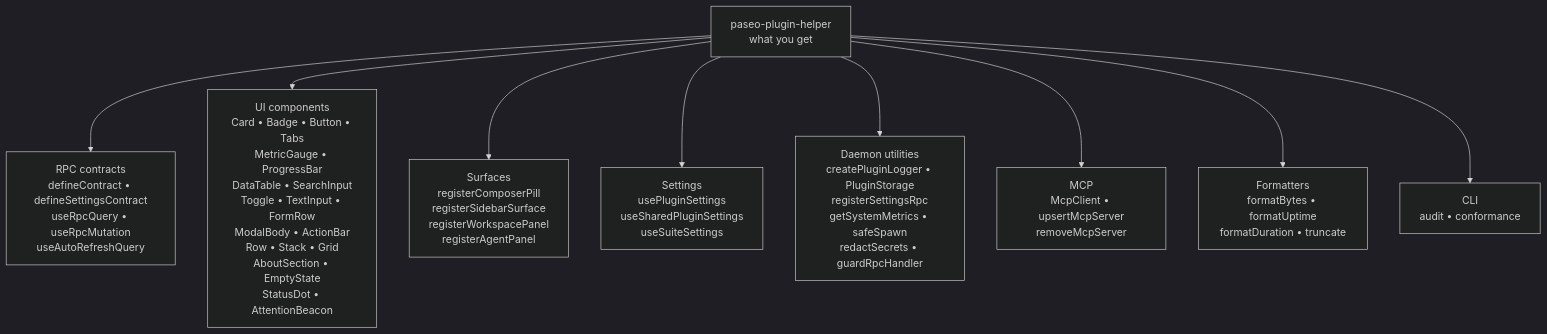
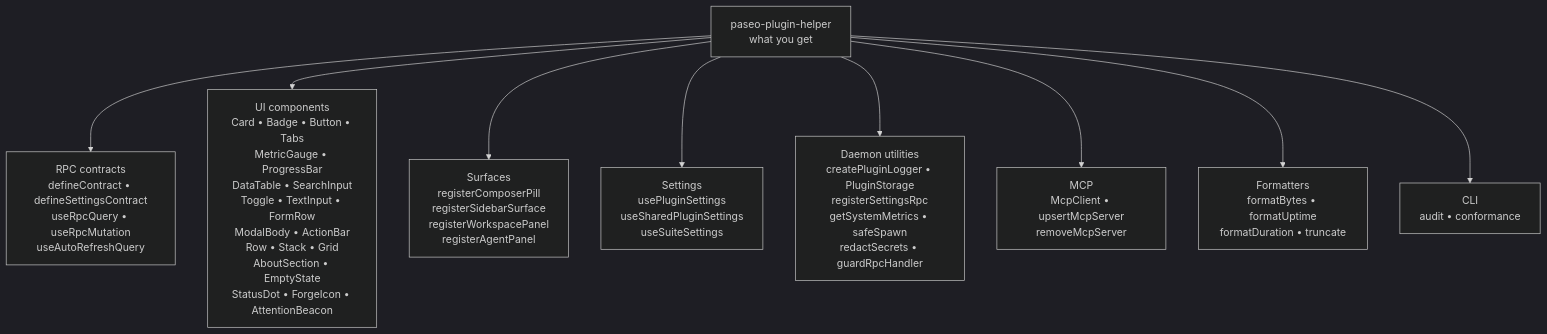
One commit to xpufx/paseo changed the diagram in packages/paseo-plugin-helper/README.md. Above: the diagram before and after it, drawn with Mermaid (dark theme). The commit also changed other lines of this file and 54 other files, not shown here.

````diff
--- a/packages/paseo-plugin-helper/README.md
+++ b/packages/paseo-plugin-helper/README.md
@@ -58,13 +59,13 @@
 ```mermaid
 flowchart TB
     H["paseo-plugin-helper\nwhat you get"]
 
     H --> RPC["RPC contracts\ndefineContract • defineSettingsContract\nuseRpcQuery • useRpcMutation\nuseAutoRefreshQuery"]
-    H --> UI["UI components\nCard • Badge • Button • Tabs\nMetricGauge • ProgressBar\nDataTable • SearchInput\nToggle • TextInput • FormRow\nModalBody • ActionBar\nRow • Stack • Grid\nAboutSection • EmptyState\nStatusDot • AttentionBeacon"]
+    H --> UI["UI components\nCard • Badge • Button • Tabs\nMetricGauge • ProgressBar\nDataTable • SearchInput\nToggle • TextInput • FormRow\nModalBody • ActionBar\nRow • Stack • Grid\nAboutSection • EmptyState\nStatusDot • ForgeIcon • AttentionBeacon"]
     H --> PILL["Surfaces\nregisterComposerPill\nregisterSidebarSurface\nregisterWorkspacePanel\nregisterAgentPanel"]
     H --> SET["Settings\nusePluginSettings\nuseSharedPluginSettings\nuseSuiteSettings"]
     H --> SRV["Daemon utilities\ncreatePluginLogger • PluginStorage\nregisterSettingsRpc\ngetSystemMetrics • safeSpawn\nredactSecrets • guardRpcHandler"]
     H --> MCP["MCP\nMcpClient • upsertMcpServer\nremoveMcpServer"]
     H --> FMT["Formatters\nformatBytes • formatUptime\nformatDuration • truncate"]
     H --> CLI["CLI\naudit • conformance"]
 ```
````
